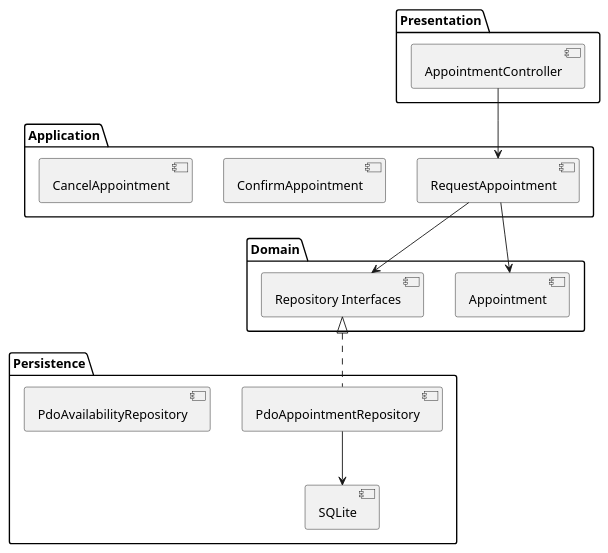
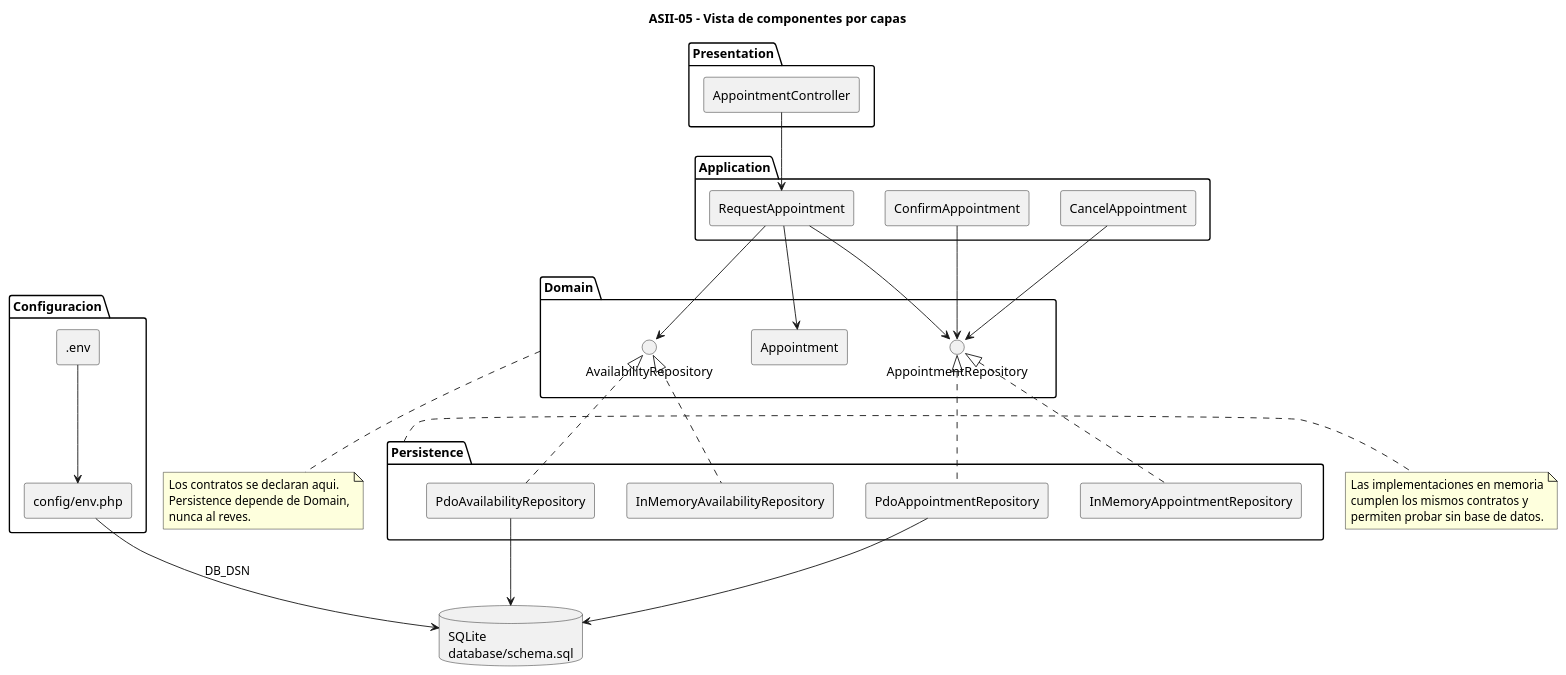
The diagram in docs/modulos/mod05/diagramas/componentes.puml (EddCastro/micro-his-citas-medicas-agenda), drawn with PlantUML before and after one commit. The commit also changed 9 other files, not shown here.

First line of the commit message:
docs(mod05): correct UML diagrams and render exports

```diff
--- a/docs/modulos/mod05/diagramas/componentes.puml
+++ b/docs/modulos/mod05/diagramas/componentes.puml
@@ -1,33 +1,68 @@
 @startuml
+title ASII-05 - Vista de componentes por capas
 
-package Presentation {
-[AppointmentController]
+skinparam componentStyle rectangle
+skinparam shadowing false
+
+package "Presentation" {
+  [AppointmentController]
 }
 
-package Application {
-[RequestAppointment]
-[ConfirmAppointment]
-[CancelAppointment]
+package "Application" {
+  [RequestAppointment]
+  [ConfirmAppointment]
+  [CancelAppointment]
 }
 
-package Domain {
-[Appointment]
-[Repository Interfaces]
+package "Domain" {
+  [Appointment]
+  interface "AppointmentRepository" as IRepo
+  interface "AvailabilityRepository" as IAvail
 }
 
-package Persistence {
-[PdoAppointmentRepository]
-[PdoAvailabilityRepository]
-[SQLite]
+package "Persistence" {
+  [PdoAppointmentRepository]
+  [PdoAvailabilityRepository]
+  [InMemoryAppointmentRepository]
+  [InMemoryAvailabilityRepository]
 }
+
+package "Configuracion" {
+  [config/env.php]
+  [.env]
+}
+
+database "SQLite\ndatabase/schema.sql" as DB
 
 [AppointmentController] --> [RequestAppointment]
 
+[RequestAppointment] --> IRepo
+[RequestAppointment] --> IAvail
 [RequestAppointment] --> [Appointment]
-[RequestAppointment] --> [Repository Interfaces]
+[ConfirmAppointment] --> IRepo
+[CancelAppointment] --> IRepo
 
-[Repository Interfaces] <|.. [PdoAppointmentRepository]
+IRepo <|.. [PdoAppointmentRepository]
+IRepo <|.. [InMemoryAppointmentRepository]
+IAvail <|.. [PdoAvailabilityRepository]
+IAvail <|.. [InMemoryAvailabilityRepository]
 
-[PdoAppointmentRepository] --> SQLite
+[PdoAppointmentRepository] --> DB
+[PdoAvailabilityRepository] --> DB
+
+[.env] --> [config/env.php]
+[config/env.php] --> DB : DB_DSN
+
+note bottom of Domain
+Los contratos se declaran aqui.
+Persistence depende de Domain,
+nunca al reves.
+end note
+
+note right of Persistence
+Las implementaciones en memoria
+cumplen los mismos contratos y
+permiten probar sin base de datos.
+end note
 
 @enduml
```
